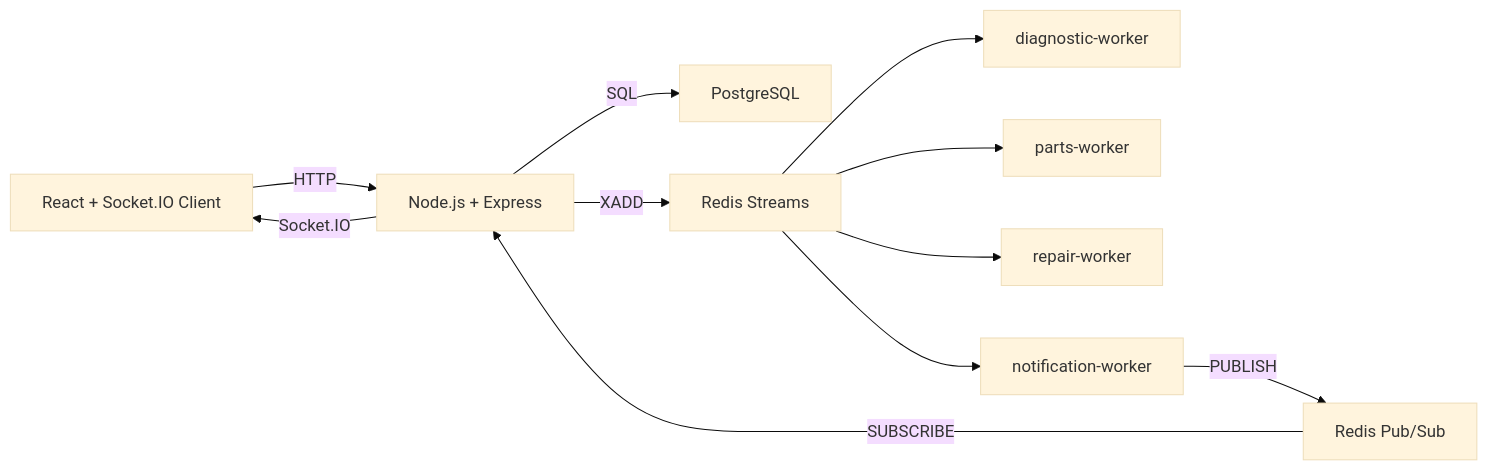
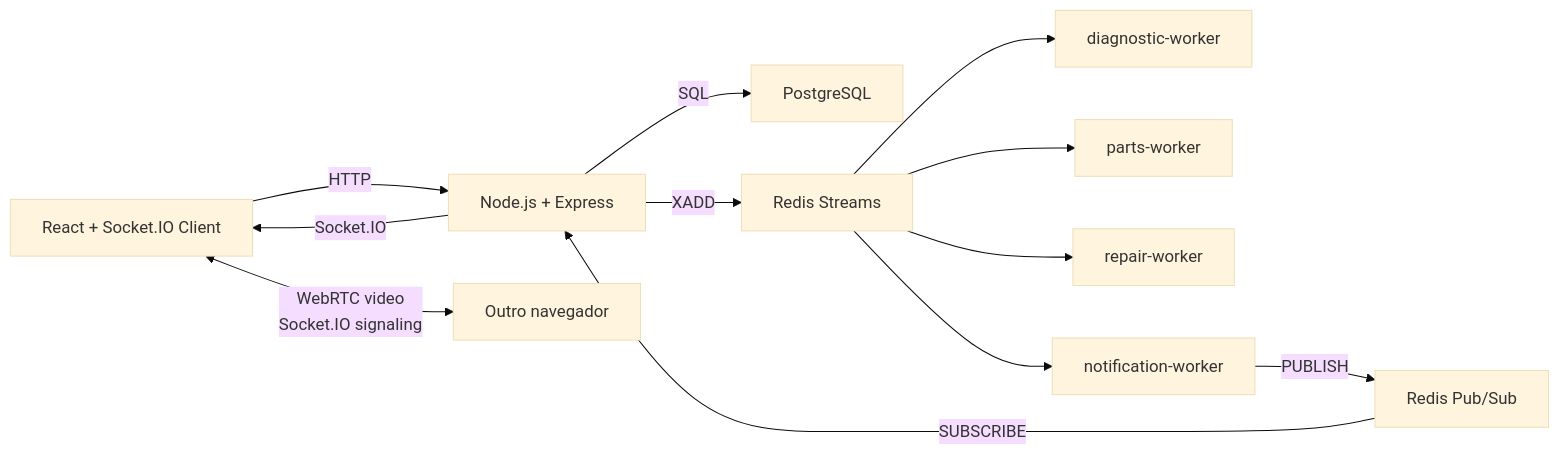
The diagram in README.md (GabrielBelluco/pittrack-xrsc09), drawn with Mermaid (base theme) before and after one commit. The commit also changed other lines of this file and 27 other files, not shown here.

````diff
--- a/README.md
+++ b/README.md
@@ -26,13 +28,14 @@
 ```mermaid
 flowchart LR
   Frontend["React + Socket.IO Client"] -->|"HTTP"| API["Node.js + Express"]
+  Frontend <-->|"WebRTC video<br/>Socket.IO signaling"| Frontend2["Outro navegador"]
   API -->|"SQL"| Postgres["PostgreSQL"]
   API -->|"XADD"| Streams["Redis Streams"]
   Streams --> Diagnostic["diagnostic-worker"]
   Streams --> Parts["parts-worker"]
   Streams --> Repair["repair-worker"]
   Streams --> Notifications["notification-worker"]
   Notifications -->|"PUBLISH"| PubSub["Redis Pub/Sub"]
   PubSub -->|"SUBSCRIBE"| API
   API -->|"Socket.IO"| Frontend
 ```
````
